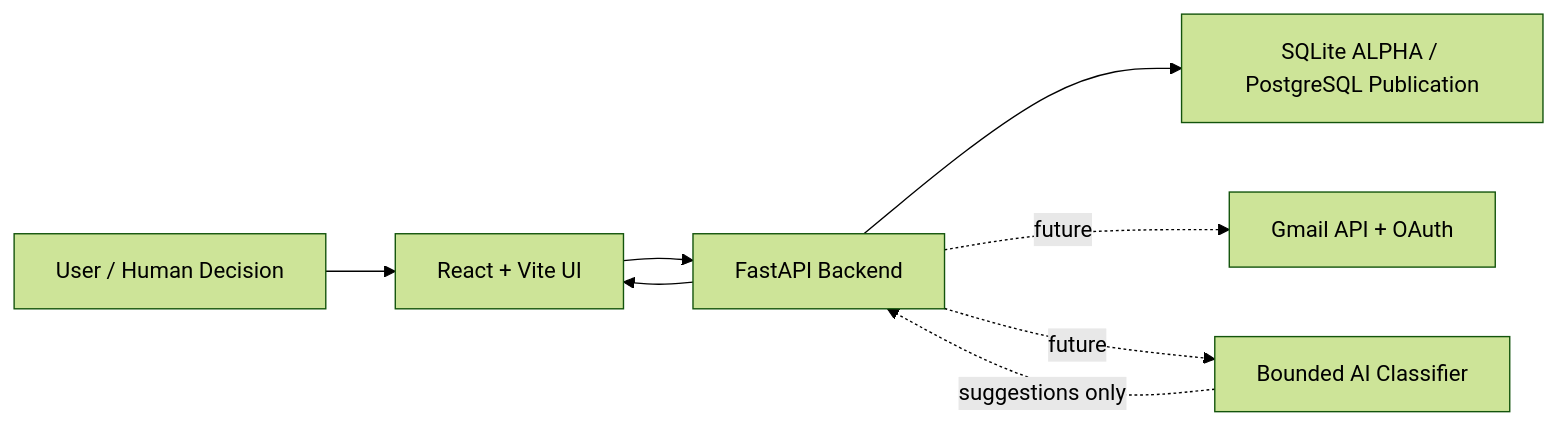
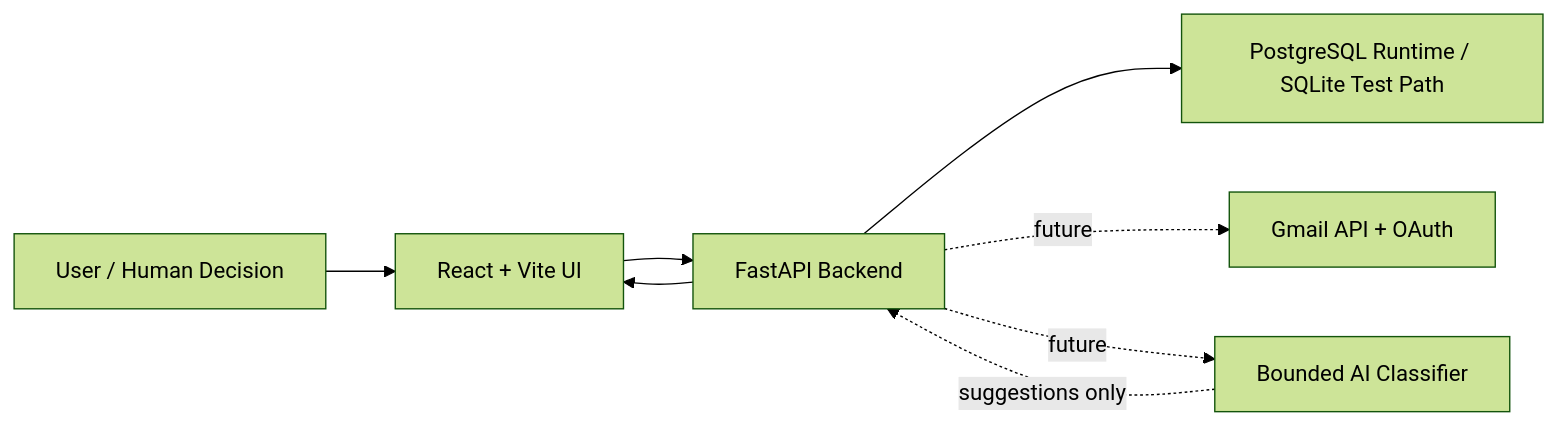
Before and after one commit to cashmy/SANE: the diagram in README.md, drawn with Mermaid (forest theme). The commit also changed other lines of this file and 18 other files, not shown here.

First line of the commit message:
Establish PostgreSQL runtime persistence and Local ALPHA user ownership foundation

````diff
--- a/README.md
+++ b/README.md
@@ -44,11 +46,11 @@
 ```mermaid
 flowchart LR
     User["User / Human Decision"] --> UI["React + Vite UI"]
     UI --> API["FastAPI Backend"]
-    API --> DB["SQLite ALPHA / PostgreSQL Publication"]
+  API --> DB["PostgreSQL Runtime / SQLite Test Path"]
 
     API -. "future" .-> Gmail["Gmail API + OAuth"]
     API -. "future" .-> AI["Bounded AI Classifier"]
     AI -. "suggestions only" .-> API
     API --> UI
 ```
````
